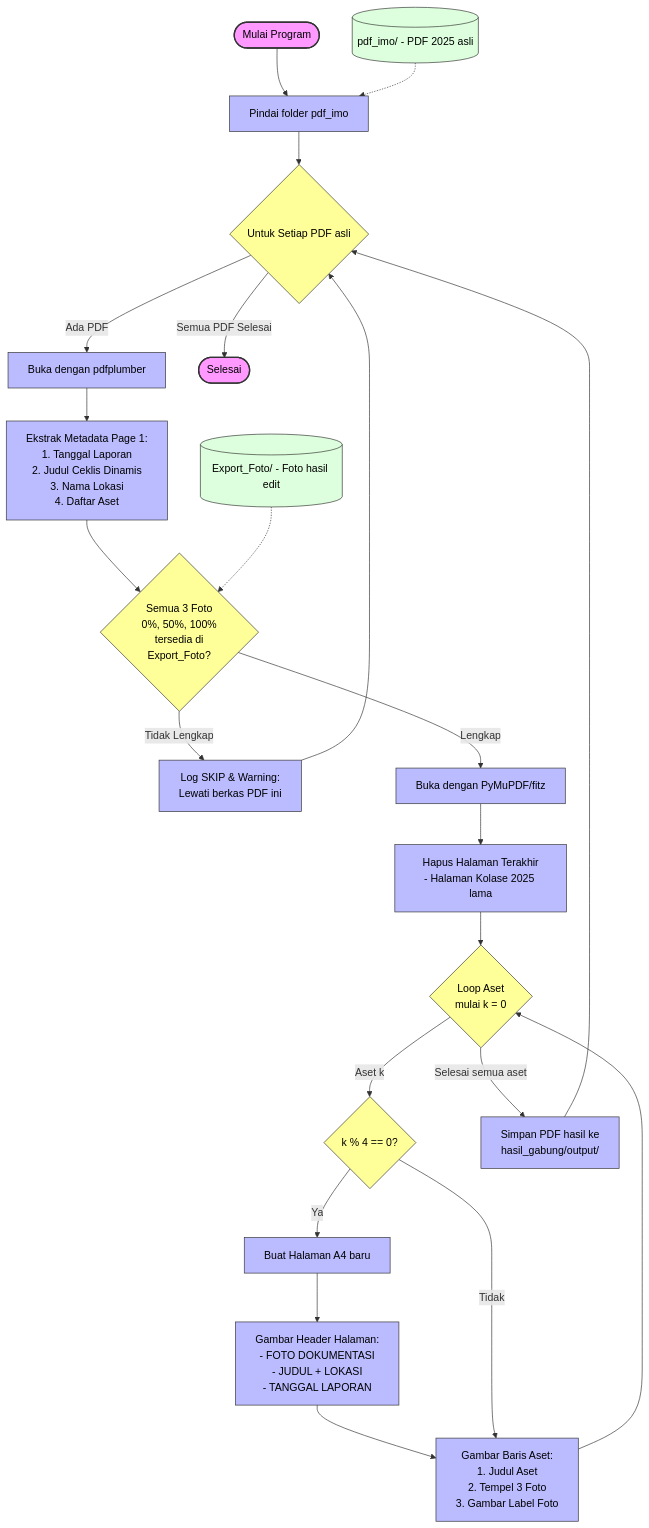
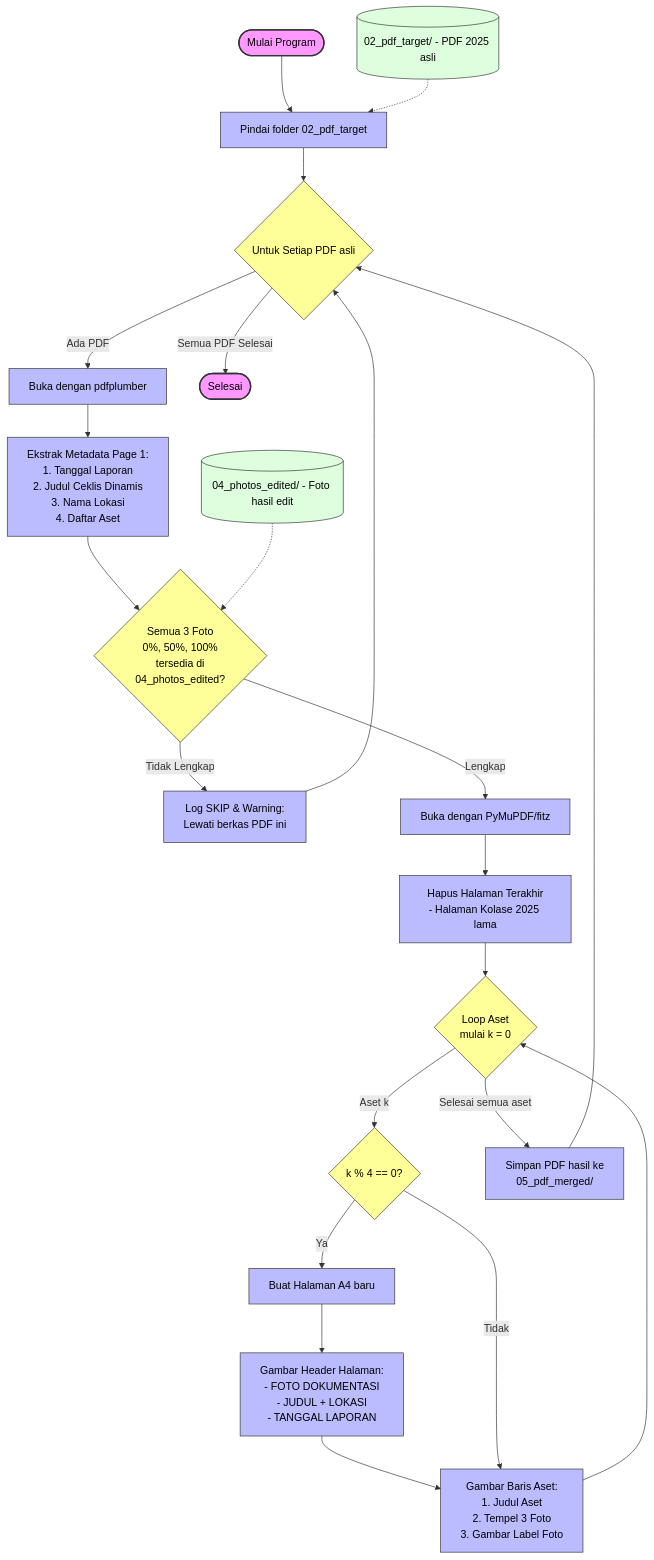
The diagram in system_architecture_gabung foto ke pdf.md (pangjaw/OCR-FOTO-P3STE), drawn with Mermaid before and after one commit. The commit also changed other lines of this file and 13 other files, not shown here.

Commit message:
update edit_timemark_ide1.py jadi fix, dan audit semua file dan folder

````diff
--- a/system_architecture_gabung foto ke pdf.md
+++ b/system_architecture_gabung foto ke pdf.md
@@ -11,69 +11,69 @@
 ```mermaid
 flowchart TD
     %% Styling
     classDef startEnd fill:#f9f,stroke:#333,stroke-width:2px,color:#000;
     classDef process fill:#bbf,stroke:#333,stroke-width:1px,color:#000;
     classDef decision fill:#ff9,stroke:#333,stroke-width:1px,color:#000;
     classDef database fill:#dfd,stroke:#333,stroke-width:1px,color:#000;
 
     start([Mulai Program]):::startEnd
-    read_folder[Pindai folder pdf_imo]:::process
+    read_folder[Pindai folder 02_pdf_target]:::process
     loop_pdf{Untuk Setiap PDF asli}:::decision
     
     %% Input databases
-    pdf_imo[(pdf_imo/ - PDF 2025 asli)]:::database
-    export_foto[(Export_Foto/ - Foto hasil edit)]:::database
+    pdf_imo[(02_pdf_target/ - PDF 2025 asli)]:::database
+    export_foto[(04_photos_edited/ - Foto hasil edit)]:::database
     
     %% Steps
     parse_pdf[Buka dengan pdfplumber]:::process
     extract_meta[Ekstrak Metadata Page 1:\n1. Tanggal Laporan\n2. Judul Ceklis Dinamis\n3. Nama Lokasi\n4. Daftar Aset]:::process
     
-    check_photos{Semua 3 Foto\n0%, 50%, 100%\ntersedia di\nExport_Foto?}:::decision
+    check_photos{Semua 3 Foto\n0%, 50%, 100%\ntersedia di\n04_photos_edited?}:::decision
     
     skip_pdf[Log SKIP & Warning:\nLewati berkas PDF ini]:::process
     
     open_fitz[Buka dengan PyMuPDF/fitz]:::process
     del_page[Hapus Halaman Terakhir\n- Halaman Kolase 2025 lama]:::process
     
     loop_assets{Loop Aset\nmulai k = 0}:::decision
     
     need_page{k % 4 == 0?}:::decision
     create_page[Buat Halaman A4 baru]:::process
     draw_header[Gambar Header Halaman:\n- FOTO DOKUMENTASI\n- JUDUL + LOKASI\n- TANGGAL LAPORAN]:::process
     
     draw_asset[Gambar Baris Aset:\n1. Judul Aset\n2. Tempel 3 Foto\n3. Gambar Label Foto]:::process
     
-    save_pdf[Simpan PDF hasil ke\nhasil_gabung/output/]:::process
+    save_pdf[Simpan PDF hasil ke\n05_pdf_merged/]:::process
     
     done([Selesai]):::startEnd
 
     %% Connections
     start --> read_folder
     pdf_imo -.-> read_folder
     read_folder --> loop_pdf
     
     loop_pdf -- "Ada PDF" --> parse_pdf
     parse_pdf --> extract_meta
     extract_meta --> check_photos
     export_foto -.-> check_photos
     
     check_photos -- "Tidak Lengkap" --> skip_pdf
     skip_pdf --> loop_pdf
     
     check_photos -- "Lengkap" --> open_fitz
     open_fitz --> del_page
     del_page --> loop_assets
     
     loop_assets -- "Aset k" --> need_page
     need_page -- "Ya" --> create_page
     create_page --> draw_header
     draw_header --> draw_asset
     
     need_page -- "Tidak" --> draw_asset
     draw_asset --> loop_assets
     
     loop_assets -- "Selesai semua aset" --> save_pdf
     save_pdf --> loop_pdf
     
     loop_pdf -- "Semua PDF Selesai" --> done
 ```
````
